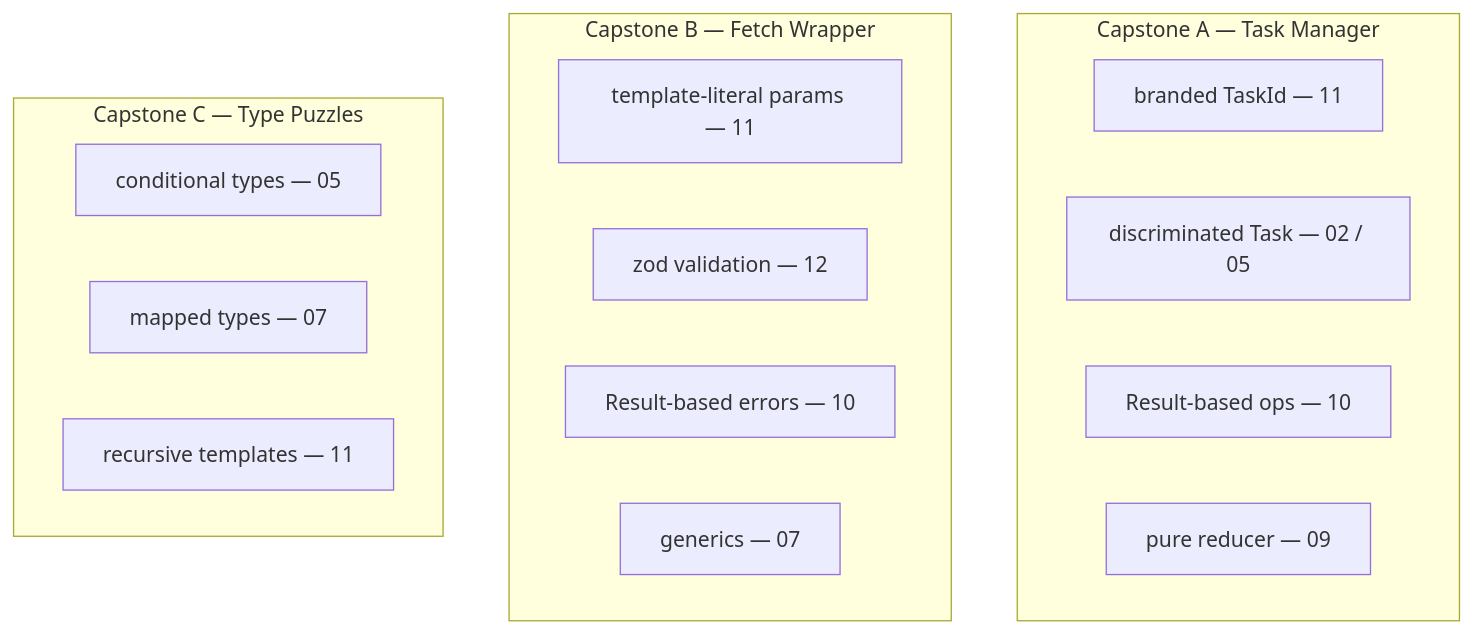
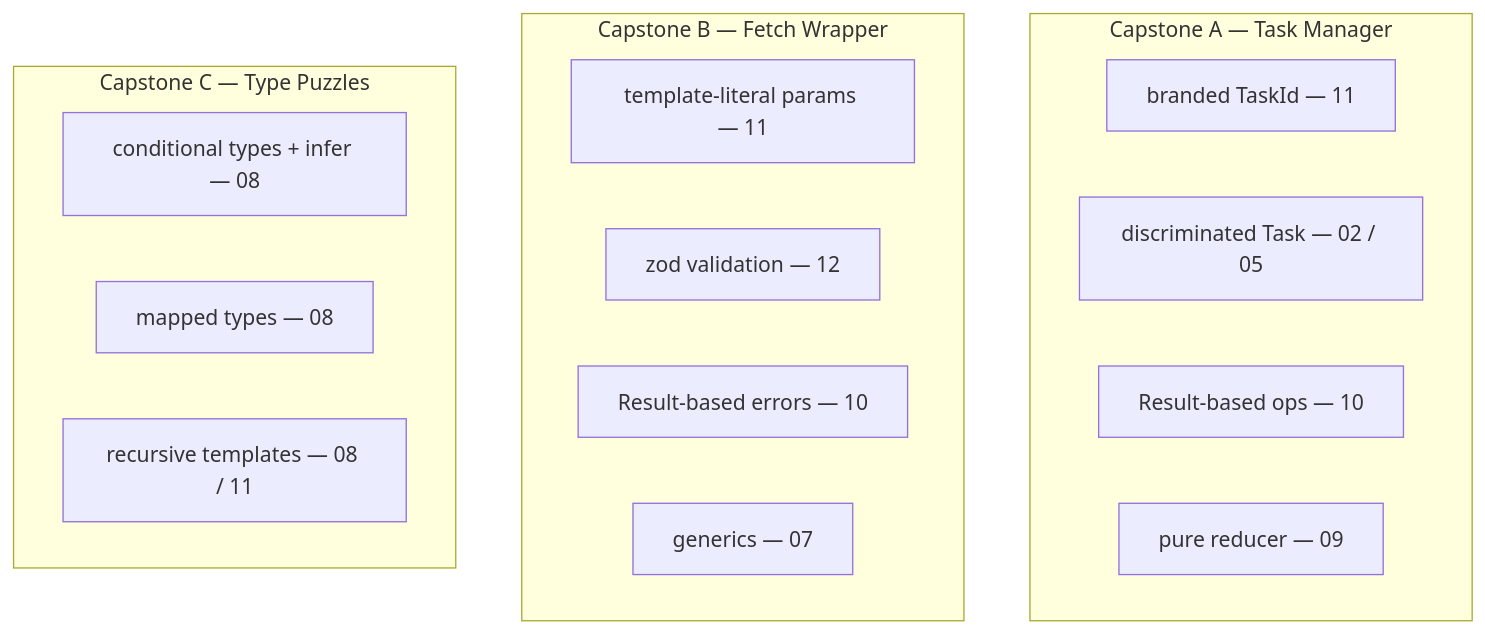
The second of 6 diagrams in 13-capstones/LESSON.md (cheer-cho/LearningCourse--TypeScript--build-by-Claude-Code), drawn with Mermaid before and after one commit. The commit also changed other lines of this file and 79 other files, not shown here.

````diff
--- a/13-capstones/LESSON.md
+++ b/13-capstones/LESSON.md
@@ -25,20 +36,20 @@
 ```mermaid
 flowchart TD
     subgraph A["Capstone A — Task Manager"]
       A1["branded TaskId — 11"]
       A2["discriminated Task — 02 / 05"]
       A3["Result-based ops — 10"]
       A4["pure reducer — 09"]
     end
     subgraph B["Capstone B — Fetch Wrapper"]
       B1["template-literal params — 11"]
       B2["zod validation — 12"]
       B3["Result-based errors — 10"]
       B4["generics — 07"]
     end
     subgraph C["Capstone C — Type Puzzles"]
-      C1["conditional types — 05"]
-      C2["mapped types — 07"]
-      C3["recursive templates — 11"]
+      C1["conditional types + infer — 08"]
+      C2["mapped types — 08"]
+      C3["recursive templates — 08 / 11"]
     end
 ```
````
